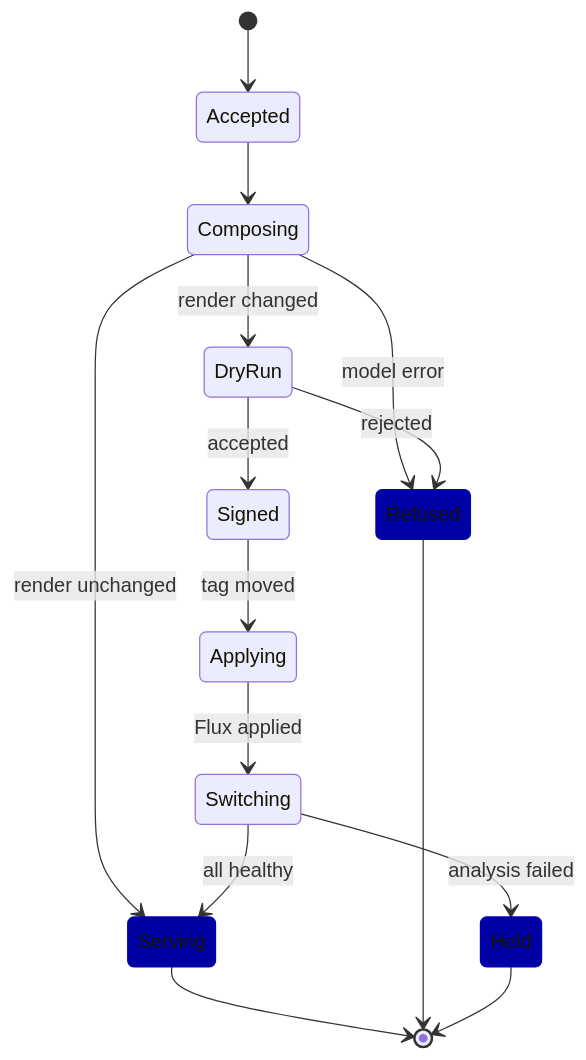
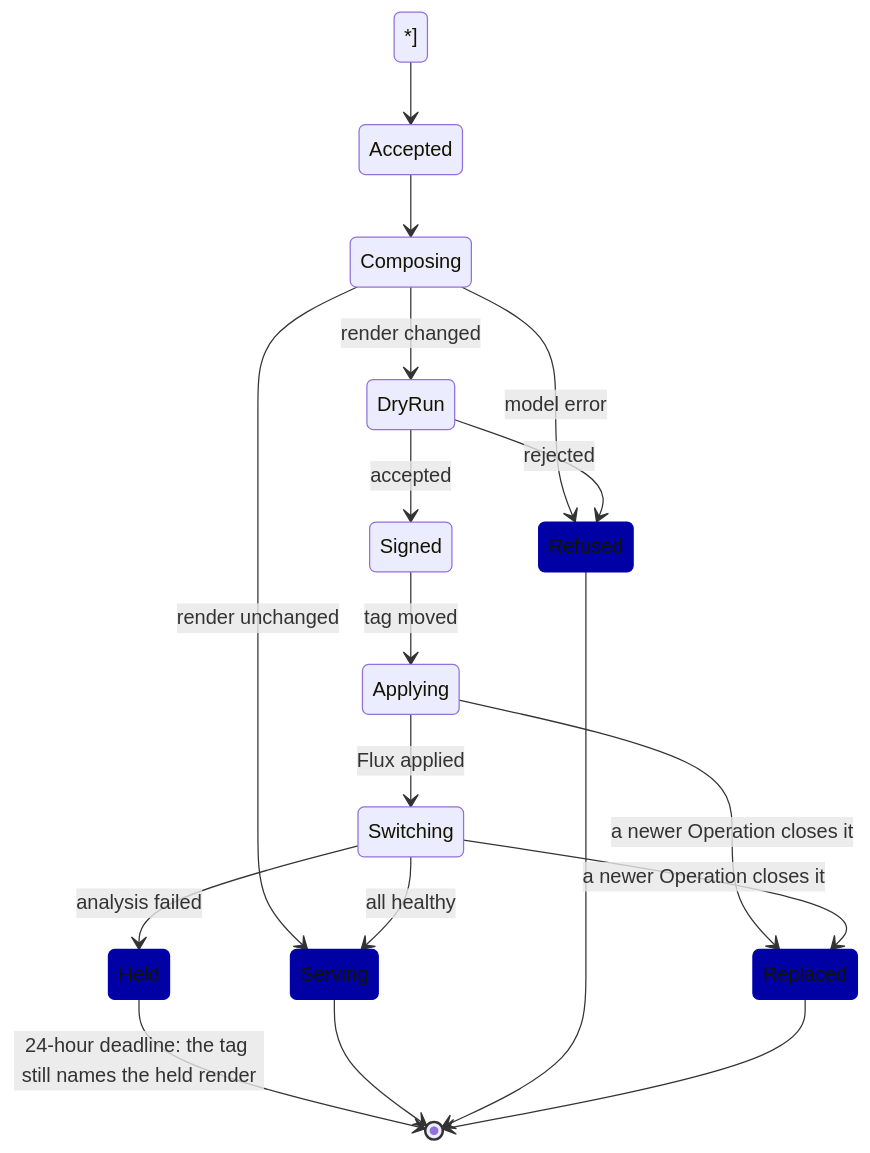
Before and after one commit to JorisJonkers-dev/estate-kit: the diagram in docs/diagrams/raw/state-rollout.mmd, drawn with Mermaid. The commit also changed 142 other files, not shown here.

```diff
--- a/docs/diagrams/raw/state-rollout.mmd
+++ b/docs/diagrams/raw/state-rollout.mmd
@@ -1,24 +1,28 @@
 %% title: State machine: a rollout
 %% layout: [{"layout":"elkLayered","config":{"elk.layered.crossingMinimization.forceNodeModelOrder":true,"elk.direction":"DOWN","elk.spacing.nodeNode":50,"elk.layered.spacing.nodeNodeBetweenLayers":70,"elk.spacing.edgeLabel":6,"elk.layered.nodePlacement.strategy":"NETWORK_SIMPLEX","elk.layered.considerModelOrder.strategy":"NODES_AND_EDGES","elk.hierarchyHandling":"INCLUDE_CHILDREN","elk.nodeSize.constraints":"","edgeStyle":"orthogonal","corners":"rounded"}}]
 stateDiagram-v2
     direction TB
-    [*] --> Accepted
+    *] --> Accepted
     Accepted --> Composing
     Composing --> DryRun: render changed
     Composing --> Serving: render unchanged
     Composing --> Refused: model error
     DryRun --> Signed: accepted
     DryRun --> Refused: rejected
     Signed --> Applying: tag moved
     Applying --> Switching: Flux applied
     Switching --> Serving: all healthy
+    Applying --> Replaced: a newer Operation closes it
     Switching --> Held: analysis failed
+    Switching --> Replaced: a newer Operation closes it
+    Held --> [*]: 24-hour deadline: the tag still names the held render
     Serving --> [*]
     Refused --> [*]
-    Held --> [*]
+    Replaced --> [*]
     classDef bad fill:#0000a4,stroke:#0000b4
     classDef good fill:#0000a3,stroke:#0000b3
     classDef warn fill:#0000a5,stroke:#0000b5
     class Serving good
     class Refused bad
     class Held warn
+    class Replaced warn
```
